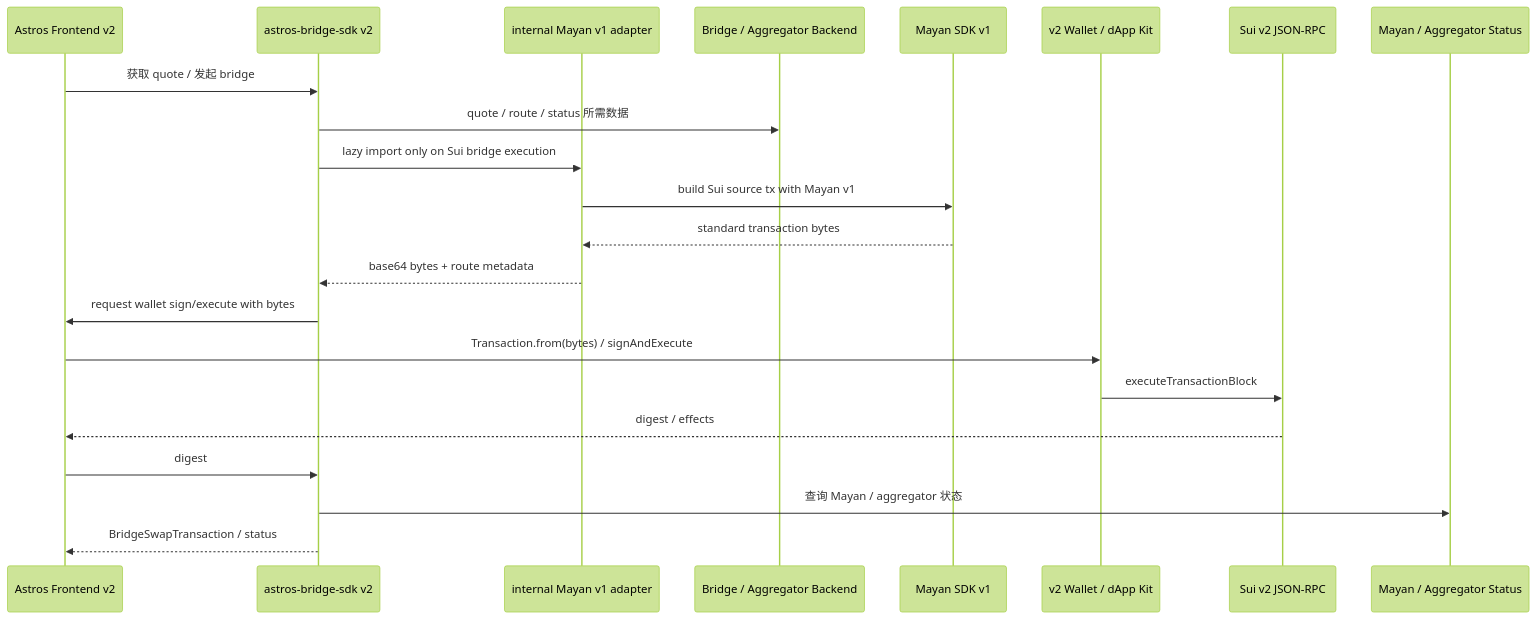
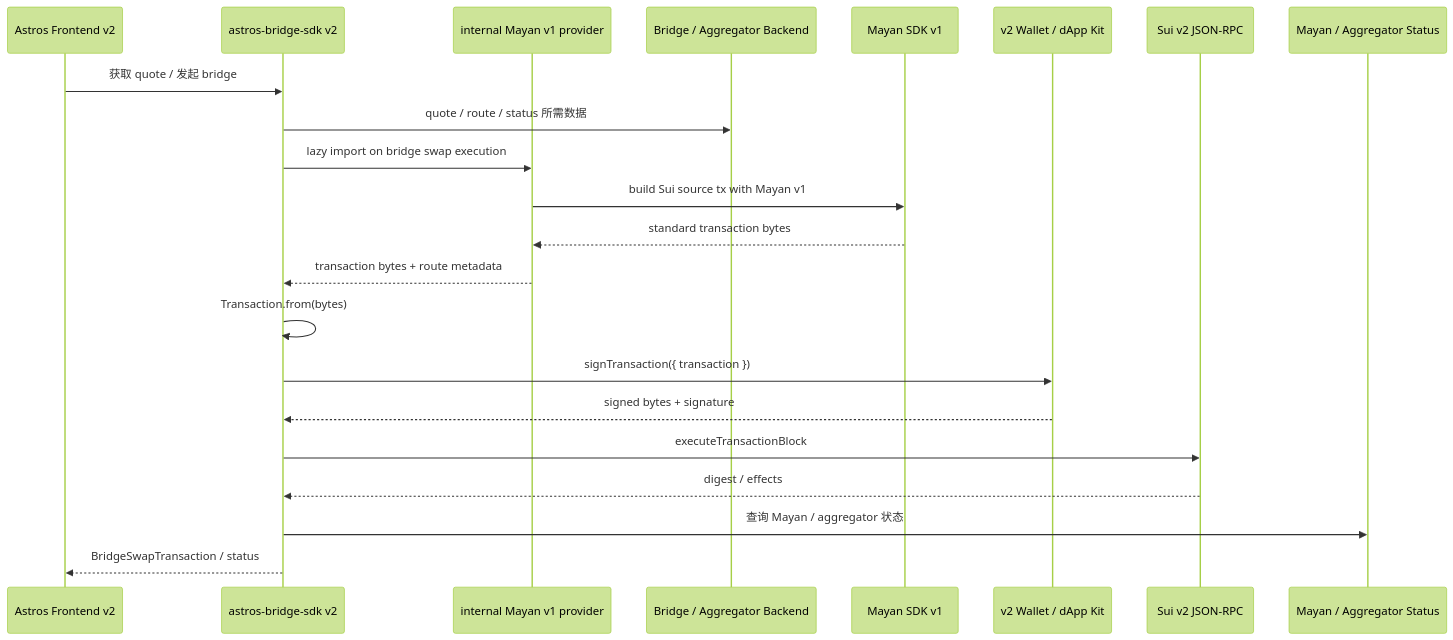
One commit to naviprotocol/naviprotocol-monorepo changed the fifth of 5 diagrams in docs/SUI_SDK_2_UPGRADE_TECHNICAL_PLAN.md. Above: the diagram before and after it, drawn with Mermaid (forest theme). The commit also changed other lines of this file and 3 other files, not shown here.

Commit message:
docs(sui-v2): clarify bridge integration parity

````diff
--- a/docs/SUI_SDK_2_UPGRADE_TECHNICAL_PLAN.md
+++ b/docs/SUI_SDK_2_UPGRADE_TECHNICAL_PLAN.md
@@ -452,25 +452,25 @@
 ```mermaid
 sequenceDiagram
   participant FE as Astros Frontend v2
   participant SDK as astros-bridge-sdk v2
-  participant Adapter as internal Mayan v1 adapter
+  participant Adapter as internal Mayan v1 provider
   participant Backend as Bridge / Aggregator Backend
   participant Mayan as Mayan SDK v1
   participant Wallet as v2 Wallet / dApp Kit
   participant Sui as Sui v2 JSON-RPC
   participant Status as Mayan / Aggregator Status
 
   FE->>SDK: 获取 quote / 发起 bridge
   SDK->>Backend: quote / route / status 所需数据
-  SDK->>Adapter: lazy import only on Sui bridge execution
+  SDK->>Adapter: lazy import on bridge swap execution
   Adapter->>Mayan: build Sui source tx with Mayan v1
   Mayan-->>Adapter: standard transaction bytes
-  Adapter-->>SDK: base64 bytes + route metadata
-  SDK->>FE: request wallet sign/execute with bytes
-  FE->>Wallet: Transaction.from(bytes) / signAndExecute
-  Wallet->>Sui: executeTransactionBlock
-  Sui-->>FE: digest / effects
-  FE->>SDK: digest
+  Adapter-->>SDK: transaction bytes + route metadata
+  SDK->>SDK: Transaction.from(bytes)
+  SDK->>Wallet: signTransaction({ transaction })
+  Wallet-->>SDK: signed bytes + signature
+  SDK->>Sui: executeTransactionBlock
+  Sui-->>SDK: digest / effects
   SDK->>Status: 查询 Mayan / aggregator 状态
   SDK-->>FE: BridgeSwapTransaction / status
 ```
````
